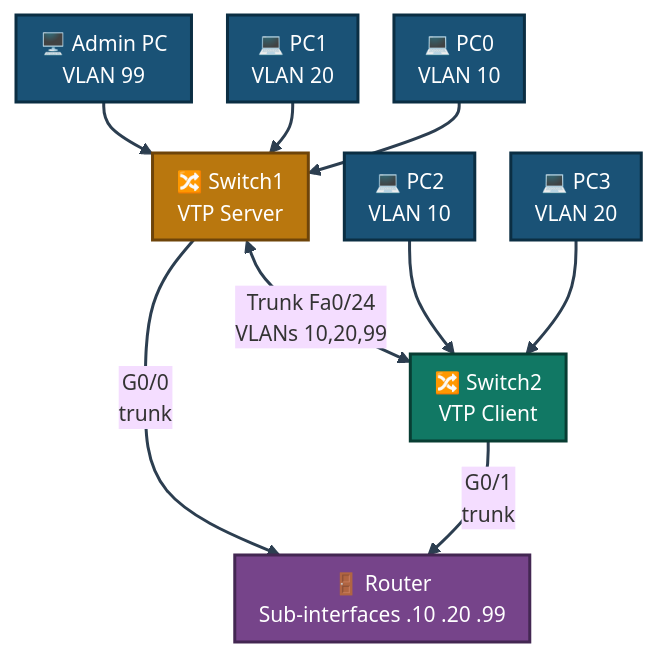
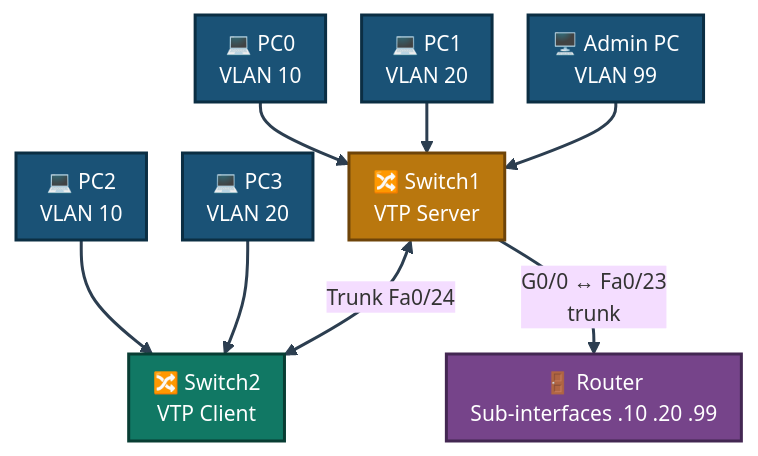
The first of 3 diagrams in 1-Foundational-Projects/project-10-vlan-segmentation-intervlan-routing/README.md (malaika-azhar/Cybersecurity-Lab-Projects), drawn with Mermaid before and after one commit. The commit also changed other lines of this file, not shown here.

````diff
--- a/1-Foundational-Projects/project-10-vlan-segmentation-intervlan-routing/README.md
+++ b/1-Foundational-Projects/project-10-vlan-segmentation-intervlan-routing/README.md
@@ -143,17 +145,16 @@
 ```mermaid
 %%{init: {'theme': 'base', 'themeVariables': {'fontSize': '14px'}, 'flowchart': {'nodeSpacing': 24, 'rankSpacing': 34, 'padding': 8}}}%%
 flowchart TB
     PC0["💻 PC0<br/>VLAN 10"]:::pc --> S1["🔀 Switch1<br/>VTP Server"]:::s1
     PC1["💻 PC1<br/>VLAN 20"]:::pc --> S1
     ADM["🖥️ Admin PC<br/>VLAN 99"]:::pc --> S1
     PC2["💻 PC2<br/>VLAN 10"]:::pc --> S2["🔀 Switch2<br/>VTP Client"]:::s2
     PC3["💻 PC3<br/>VLAN 20"]:::pc --> S2
-    S1 <-->|"Trunk Fa0/24<br/>VLANs 10,20,99"| S2
-    S1 -->|"G0/0<br/>trunk"| R["🚪 Router<br/>Sub-interfaces .10 .20 .99"]:::r
-    S2 -->|"G0/1<br/>trunk"| R
+    S1 <-->|"Trunk Fa0/24"| S2
+    S1 -->|"G0/0 ↔ Fa0/23<br/>trunk"| R["🚪 Router<br/>Sub-interfaces .10 .20 .99"]:::r
     classDef pc fill:#1A5276,stroke:#0B2E43,stroke-width:2px,color:#FFFFFF
     classDef s1 fill:#B9770E,stroke:#6E4409,stroke-width:2px,color:#FFFFFF
     classDef s2 fill:#117864,stroke:#083D33,stroke-width:2px,color:#FFFFFF
     classDef r fill:#76448A,stroke:#432752,stroke-width:2px,color:#FFFFFF
     linkStyle default stroke:#2C3E50,stroke-width:2px
 ```
````
